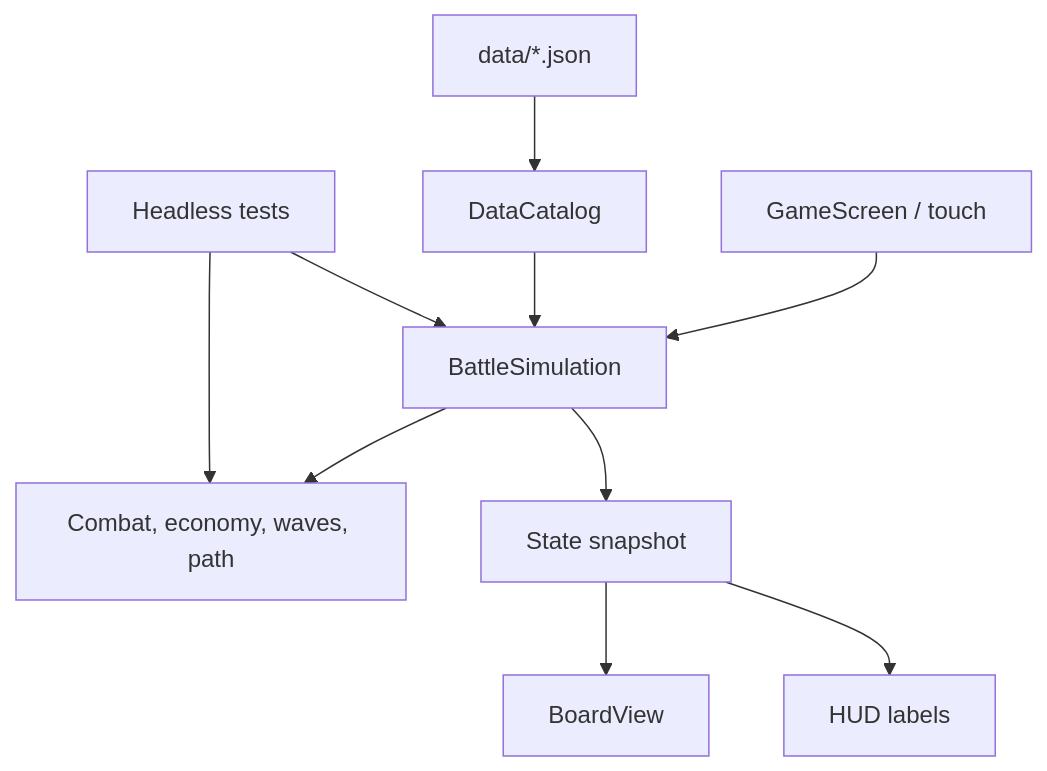
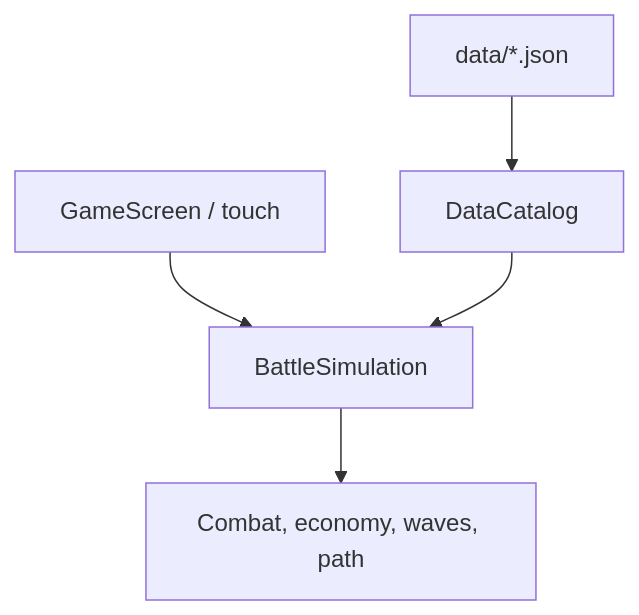
Before and after one commit to Angel2222522/nocturne-bastion: the first of 2 diagrams in ARCHITECTURE.md, drawn with Mermaid. The commit also changed other lines of this file and 24 other files, not shown here.

````diff
--- a/ARCHITECTURE.md
+++ b/ARCHITECTURE.md
@@ -15,12 +15,7 @@
 ```mermaid
 flowchart TD
     Data["data/*.json"] --> Catalog["DataCatalog"]
     UI["GameScreen / touch"] --> Sim["BattleSimulation"]
     Catalog --> Sim
     Sim --> Rules["Combat, economy, waves, path"]
-    Sim --> Snapshot["State snapshot"]
-    Snapshot --> Board["BoardView"]
-    Snapshot --> HUD["HUD labels"]
-    Tests["Headless tests"] --> Rules
-    Tests --> Sim
 ```
````
